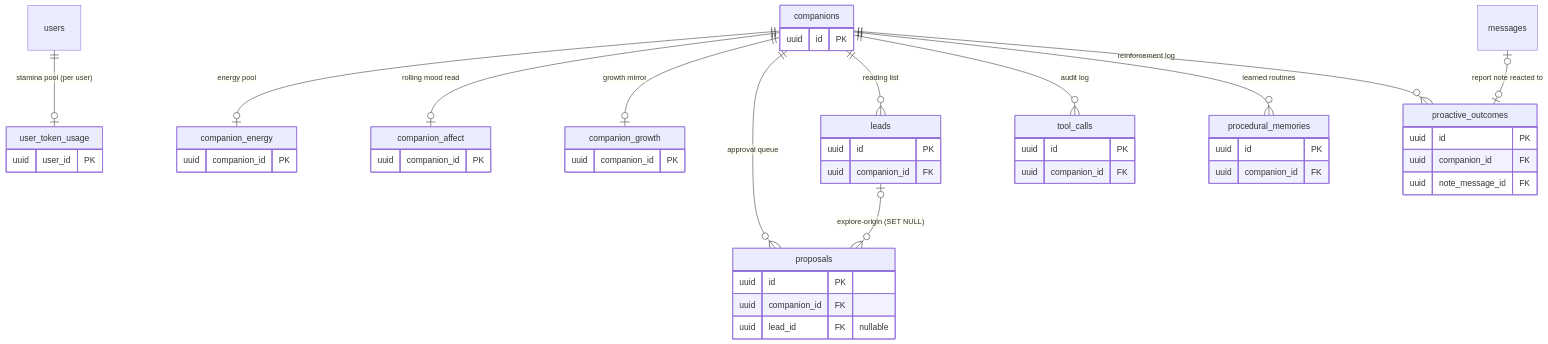
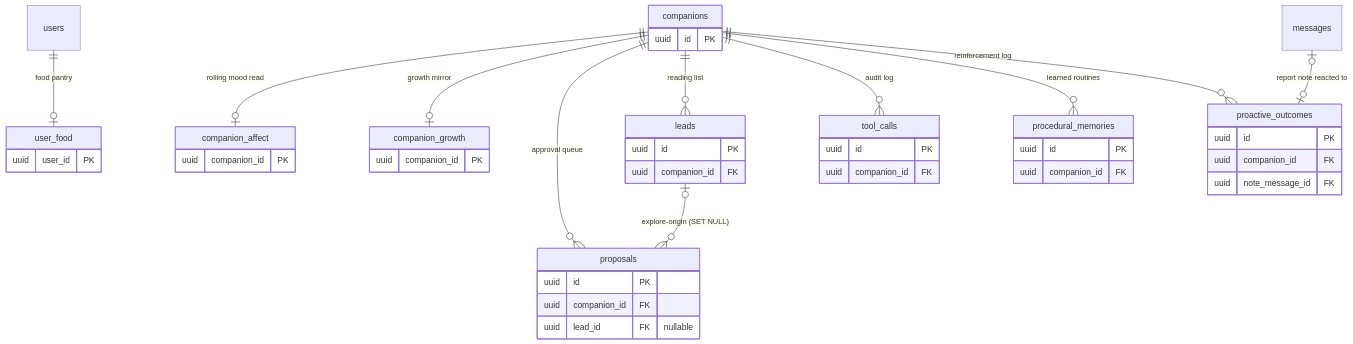
The fourth of 4 diagrams in docs/implementation.md (CobbleStamp/CobbleCompanion), drawn with Mermaid before and after one commit. The commit also changed other lines of this file and 87 other files, not shown here.

````diff
--- a/docs/implementation.md
+++ b/docs/implementation.md
@@ -339,52 +353,48 @@
 ```mermaid
 erDiagram
-    users       ||--o| user_token_usage   : "stamina pool (per user)"
-    companions  ||--o| companion_energy    : "energy pool"
+    users       ||--o| user_food           : "food pantry"
     companions  ||--o| companion_affect    : "rolling mood read"
     companions  ||--o| companion_growth    : "growth mirror"
     companions  ||--o{ proposals           : "approval queue"
     companions  ||--o{ leads               : "reading list"
     companions  ||--o{ tool_calls          : "audit log"
     companions  ||--o{ procedural_memories : "learned routines"
     companions  ||--o{ proactive_outcomes  : "reinforcement log"
     leads       |o--o{ proposals           : "explore-origin (SET NULL)"
     messages    |o--o| proactive_outcomes  : "report note reacted to"
 
     companions {
         uuid id PK
     }
-    user_token_usage {
+    user_food {
         uuid user_id PK
-    }
-    companion_energy {
-        uuid companion_id PK
     }
     companion_affect {
         uuid companion_id PK
     }
     companion_growth {
         uuid companion_id PK
     }
     proposals {
         uuid id PK
         uuid companion_id FK
         uuid lead_id FK "nullable"
     }
     leads {
         uuid id PK
         uuid companion_id FK
     }
     tool_calls {
         uuid id PK
         uuid companion_id FK
     }
     procedural_memories {
         uuid id PK
         uuid companion_id FK
     }
     proactive_outcomes {
         uuid id PK
         uuid companion_id FK
         uuid note_message_id FK
     }
 ```
````
